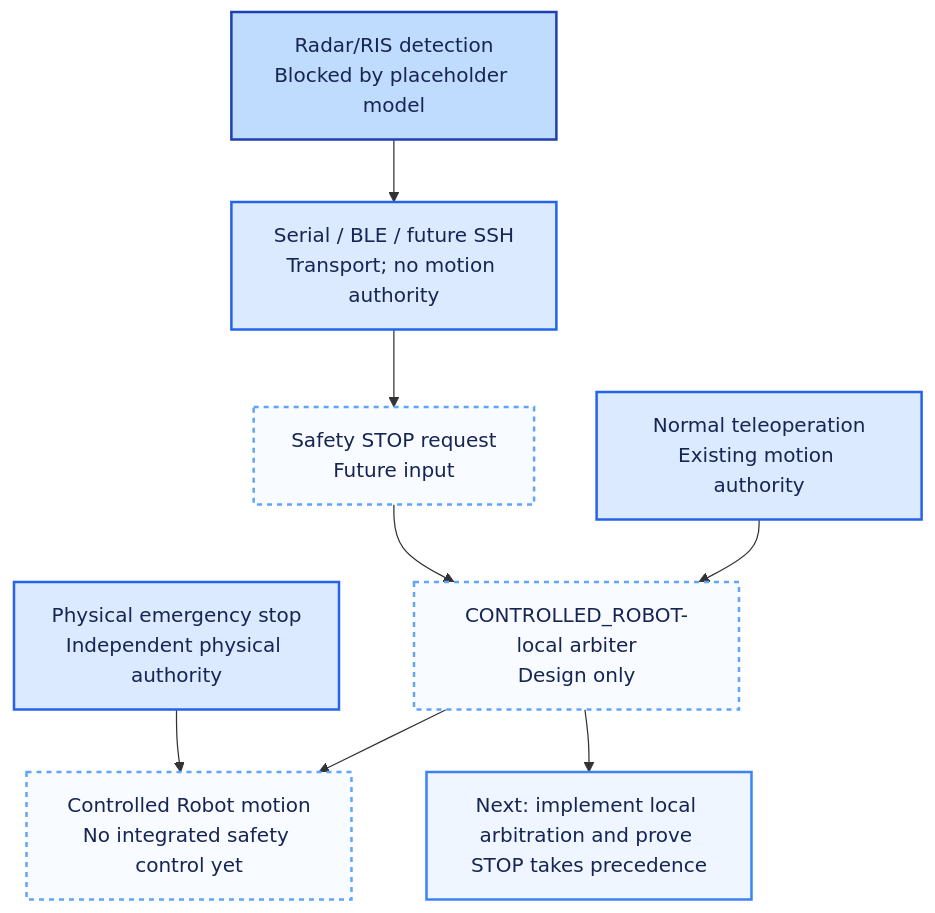
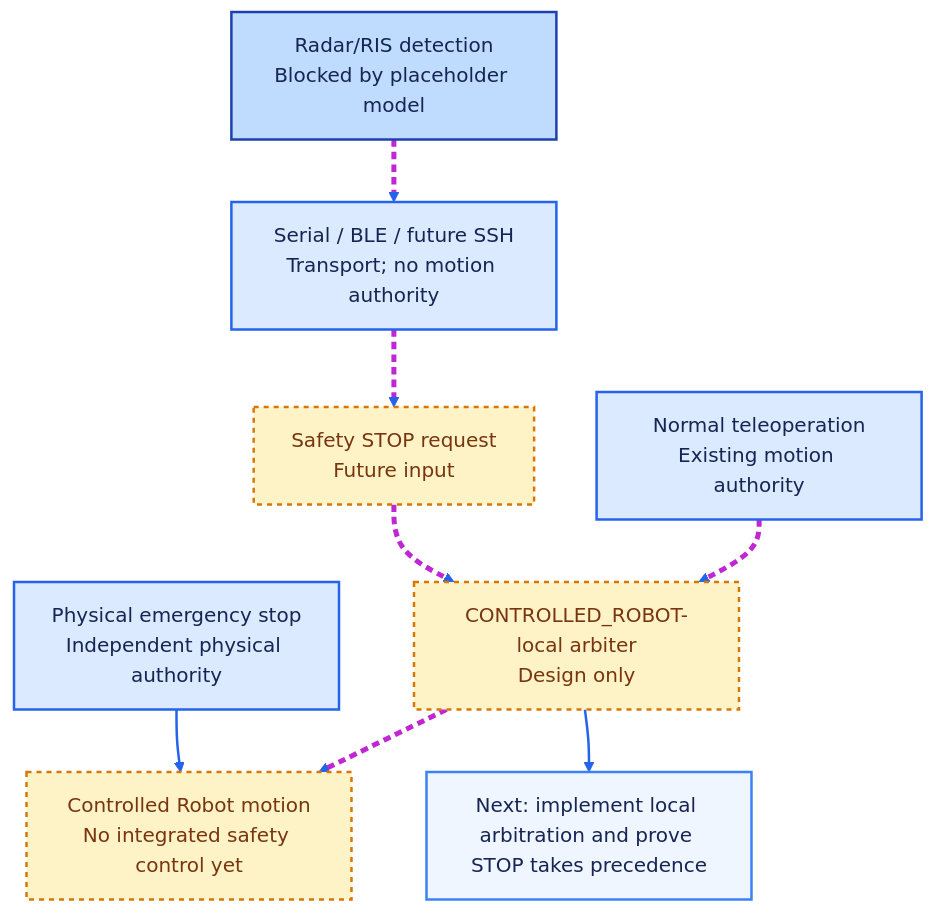
Diagram 18 of 21 in docs/architecture/system/progress.md (kirolossedra/RIS-Robotics), drawn with Mermaid before and after one commit. The commit also changed other lines of this file, not shown here.

````diff
--- a/docs/architecture/system/progress.md
+++ b/docs/architecture/system/progress.md
@@ -339,18 +398,20 @@
 ```mermaid
 flowchart TB
     TELEOP["Normal teleoperation<br/>Existing motion authority"] --> ARB["CONTROLLED_ROBOT-local arbiter<br/>Design only"]
     DETECTION["Radar/RIS detection<br/>Blocked by placeholder model"] --> TRANSPORT["Serial / BLE / future SSH<br/>Transport; no motion authority"]
     TRANSPORT --> STOP["Safety STOP request<br/>Future input"] --> ARB
     ARB --> MOTION["Controlled Robot motion<br/>No integrated safety control yet"]
     ESTOP["Physical emergency stop<br/>Independent physical authority"] --> MOTION
     ARB --> NEXT["Next: implement local arbitration and prove STOP takes precedence"]
 
     classDef done fill:#dbeafe,stroke:#2563eb,color:#172554,stroke-width:2px;
     classDef blocked fill:#bfdbfe,stroke:#1e40af,color:#172554,stroke-width:2px;
-    classDef planned fill:#f8fbff,stroke:#60a5fa,color:#172554,stroke-width:2px,stroke-dasharray:4 4;
+    classDef planned fill:#fef3c7,stroke:#d97706,color:#78350f,stroke-width:2px,stroke-dasharray:4 4;
     classDef next fill:#eff6ff,stroke:#3b82f6,color:#172554,stroke-width:2px;
     class TELEOP,TRANSPORT,ESTOP done;
     class DETECTION blocked;
     class STOP,ARB,MOTION planned;
     class NEXT next;
+    linkStyle default stroke:#2563eb,stroke-width:2px;
+    linkStyle 0,1,2,3,4 stroke:#c026d3,stroke-width:4px,stroke-dasharray:6 4;
 ```
````
